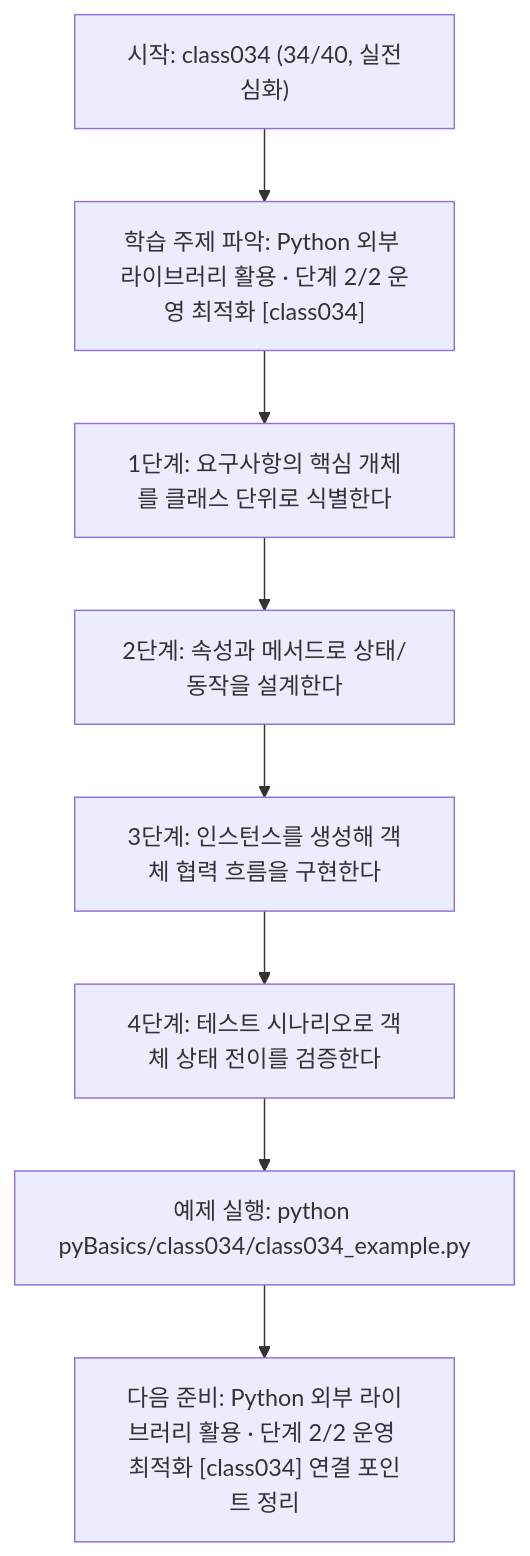
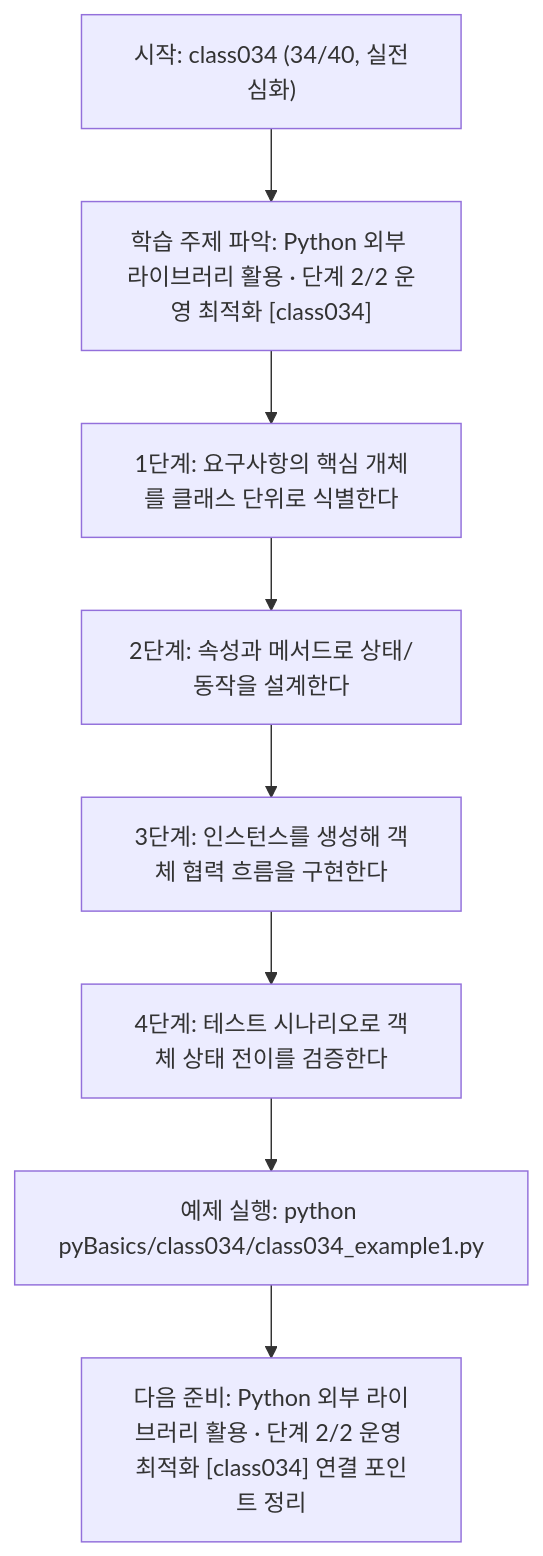
One commit to edumgt/Python-AI_Agent-Class changed the diagram in pyBasics/class034/class034.md. Above: the diagram before and after it, drawn with Mermaid. The commit also changed other lines of this file and 2959 other files, not shown here.

````diff
--- a/pyBasics/class034/class034.md
+++ b/pyBasics/class034/class034.md
@@ -108,18 +108,18 @@
 ```mermaid
 flowchart TD
 N1["시작: class034 (34/40, 실전심화)"]
 N2["학습 주제 파악: Python 외부 라이브러리 활용 · 단계 2/2 운영 최적화 [class034]"]
 N3["1단계: 요구사항의 핵심 개체를 클래스 단위로 식별한다"]
 N4["2단계: 속성과 메서드로 상태/동작을 설계한다"]
 N5["3단계: 인스턴스를 생성해 객체 협력 흐름을 구현한다"]
 N6["4단계: 테스트 시나리오로 객체 상태 전이를 검증한다"]
-N7["예제 실행: python pyBasics/class034/class034_example.py"]
+N7["예제 실행: python pyBasics/class034/class034_example1.py"]
 N8["다음 준비: Python 외부 라이브러리 활용 · 단계 2/2 운영 최적화 [class034] 연결 포인트 정리"]
 N1 --> N2
 N2 --> N3
 N3 --> N4
 N4 --> N5
 N5 --> N6
 N6 --> N7
 N7 --> N8
 ```
````
